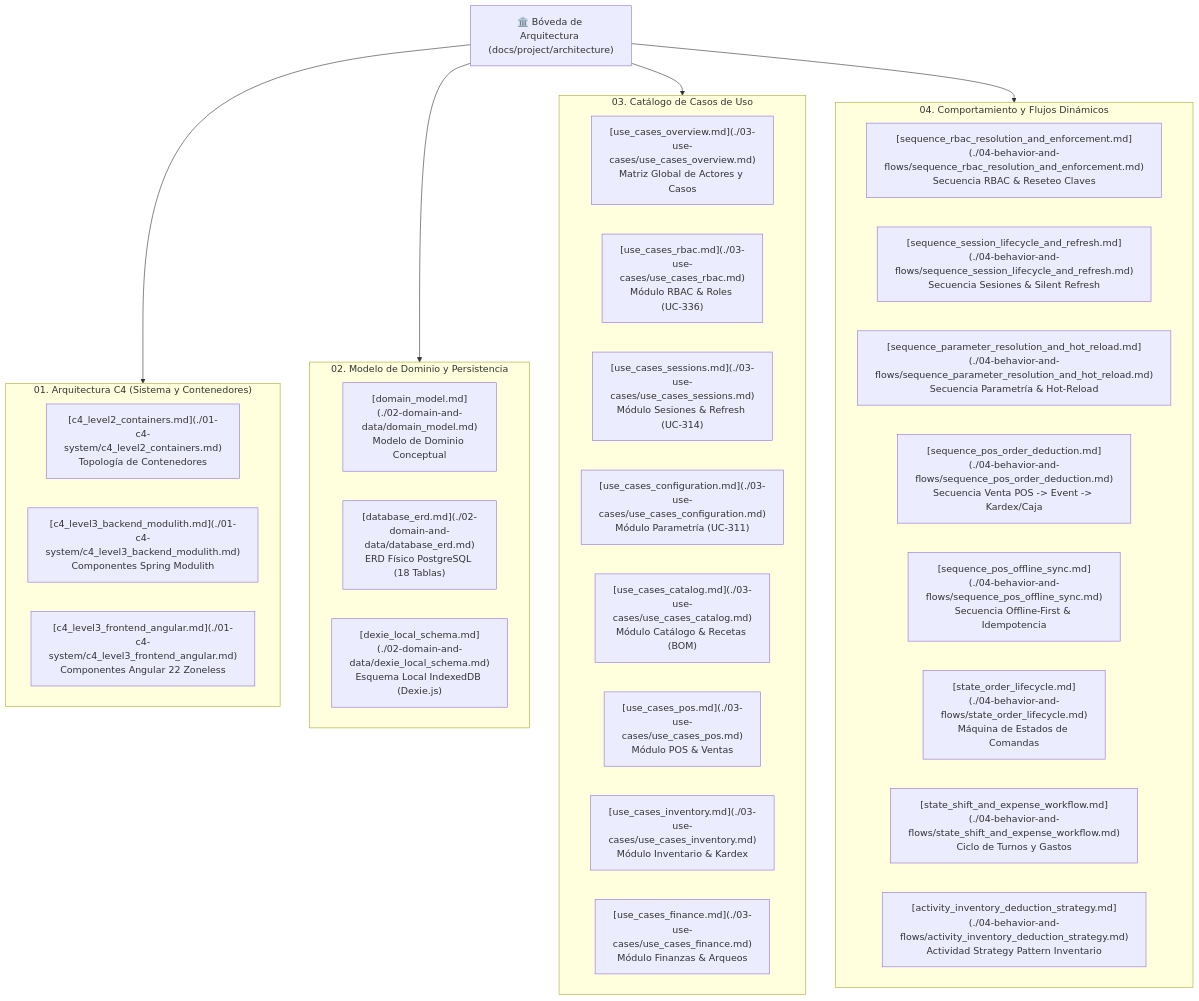
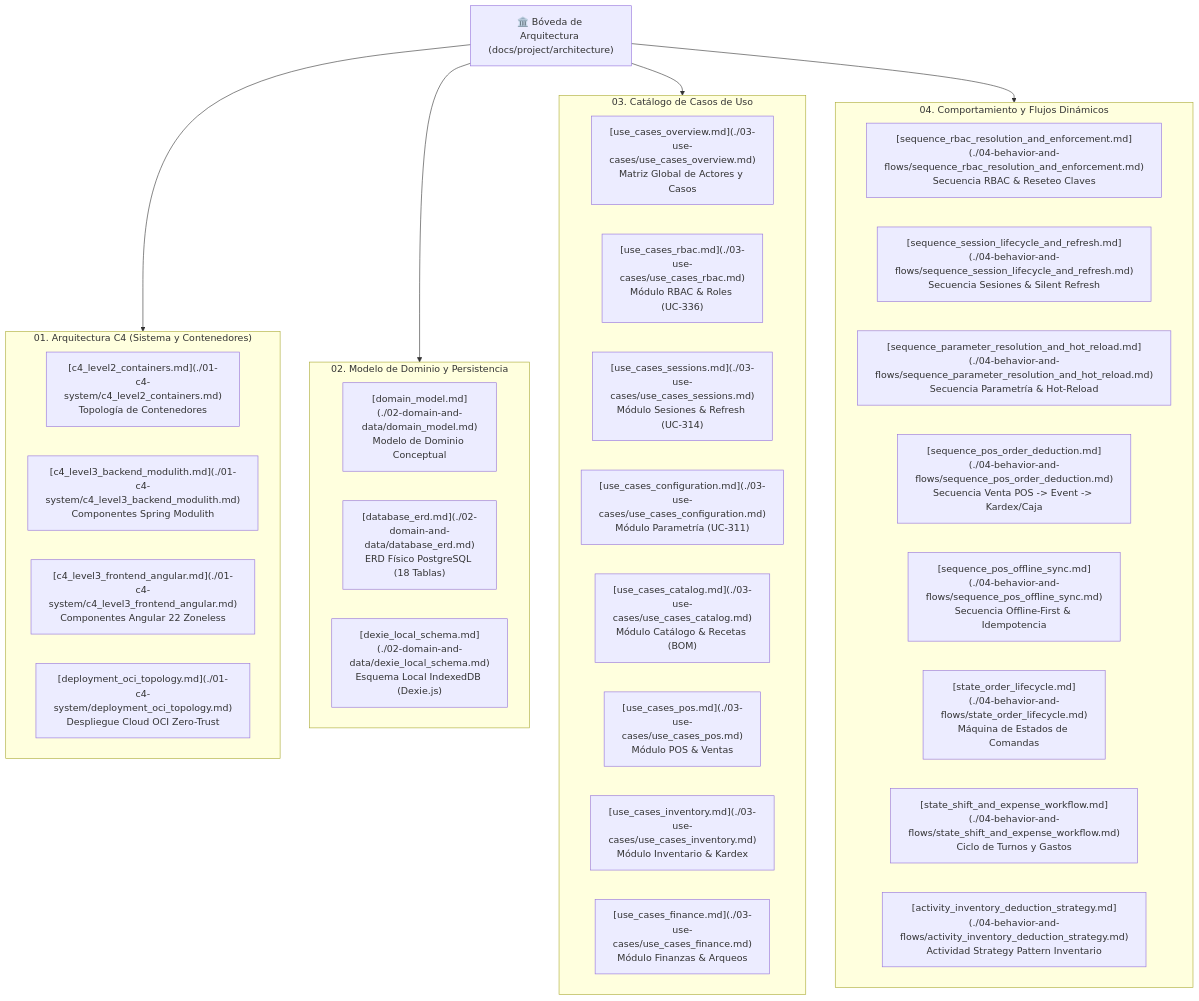
The diagram in docs/project/architecture/README.md (vakajose/gestion-restaurante), drawn with Mermaid before and after one commit. The commit also changed other lines of this file and 15 other files, not shown here.

Commit message:
feat(infra): añadir IaC OpenTofu OCI, cloud-init OL9, runbook y topología SDD (TASK-609)

````diff
--- a/docs/project/architecture/README.md
+++ b/docs/project/architecture/README.md
@@ -30,43 +30,44 @@
 ```mermaid
 graph TD
     Root["🏛️ Bóveda de Arquitectura (docs/project/architecture)"]
 
     subgraph SecC4["01. Arquitectura C4 (Sistema y Contenedores)"]
         C4_Cont["[c4_level2_containers.md](./01-c4-system/c4_level2_containers.md)<br/>Topología de Contenedores"]
         C4_Back["[c4_level3_backend_modulith.md](./01-c4-system/c4_level3_backend_modulith.md)<br/>Componentes Spring Modulith"]
         C4_Front["[c4_level3_frontend_angular.md](./01-c4-system/c4_level3_frontend_angular.md)<br/>Componentes Angular 22 Zoneless"]
+        C4_OCI["[deployment_oci_topology.md](./01-c4-system/deployment_oci_topology.md)<br/>Despliegue Cloud OCI Zero-Trust"]
     end
 
     subgraph SecData["02. Modelo de Dominio y Persistencia"]
         Dom_Model["[domain_model.md](./02-domain-and-data/domain_model.md)<br/>Modelo de Dominio Conceptual"]
         DB_ERD["[database_erd.md](./02-domain-and-data/database_erd.md)<br/>ERD Físico PostgreSQL (18 Tablas)"]
         Dexie_Schema["[dexie_local_schema.md](./02-domain-and-data/dexie_local_schema.md)<br/>Esquema Local IndexedDB (Dexie.js)"]
     end
 
     subgraph SecUC["03. Catálogo de Casos de Uso"]
         UC_Over["[use_cases_overview.md](./03-use-cases/use_cases_overview.md)<br/>Matriz Global de Actores y Casos"]
         UC_RBAC["[use_cases_rbac.md](./03-use-cases/use_cases_rbac.md)<br/>Módulo RBAC & Roles (UC-336)"]
         UC_Sess["[use_cases_sessions.md](./03-use-cases/use_cases_sessions.md)<br/>Módulo Sesiones & Refresh (UC-314)"]
         UC_Config["[use_cases_configuration.md](./03-use-cases/use_cases_configuration.md)<br/>Módulo Parametría (UC-311)"]
         UC_Cat["[use_cases_catalog.md](./03-use-cases/use_cases_catalog.md)<br/>Módulo Catálogo & Recetas (BOM)"]
         UC_POS["[use_cases_pos.md](./03-use-cases/use_cases_pos.md)<br/>Módulo POS & Ventas"]
         UC_Inv["[use_cases_inventory.md](./03-use-cases/use_cases_inventory.md)<br/>Módulo Inventario & Kardex"]
         UC_Fin["[use_cases_finance.md](./03-use-cases/use_cases_finance.md)<br/>Módulo Finanzas & Arqueos"]
     end
 
     subgraph SecBeh["04. Comportamiento y Flujos Dinámicos"]
         Seq_RBAC["[sequence_rbac_resolution_and_enforcement.md](./04-behavior-and-flows/sequence_rbac_resolution_and_enforcement.md)<br/>Secuencia RBAC & Reseteo Claves"]
         Seq_Sess["[sequence_session_lifecycle_and_refresh.md](./04-behavior-and-flows/sequence_session_lifecycle_and_refresh.md)<br/>Secuencia Sesiones & Silent Refresh"]
         Seq_Param["[sequence_parameter_resolution_and_hot_reload.md](./04-behavior-and-flows/sequence_parameter_resolution_and_hot_reload.md)<br/>Secuencia Parametría & Hot-Reload"]
         Seq_POS_Deduct["[sequence_pos_order_deduction.md](./04-behavior-and-flows/sequence_pos_order_deduction.md)<br/>Secuencia Venta POS -> Event -> Kardex/Caja"]
         Seq_Offline["[sequence_pos_offline_sync.md](./04-behavior-and-flows/sequence_pos_offline_sync.md)<br/>Secuencia Offline-First & Idempotencia"]
         State_Order["[state_order_lifecycle.md](./04-behavior-and-flows/state_order_lifecycle.md)<br/>Máquina de Estados de Comandas"]
         State_Shift["[state_shift_and_expense_workflow.md](./04-behavior-and-flows/state_shift_and_expense_workflow.md)<br/>Ciclo de Turnos y Gastos"]
         Act_Strategy["[activity_inventory_deduction_strategy.md](./04-behavior-and-flows/activity_inventory_deduction_strategy.md)<br/>Actividad Strategy Pattern Inventario"]
     end
 
     Root --> SecC4
     Root --> SecData
     Root --> SecUC
     Root --> SecBeh
 ```
````
